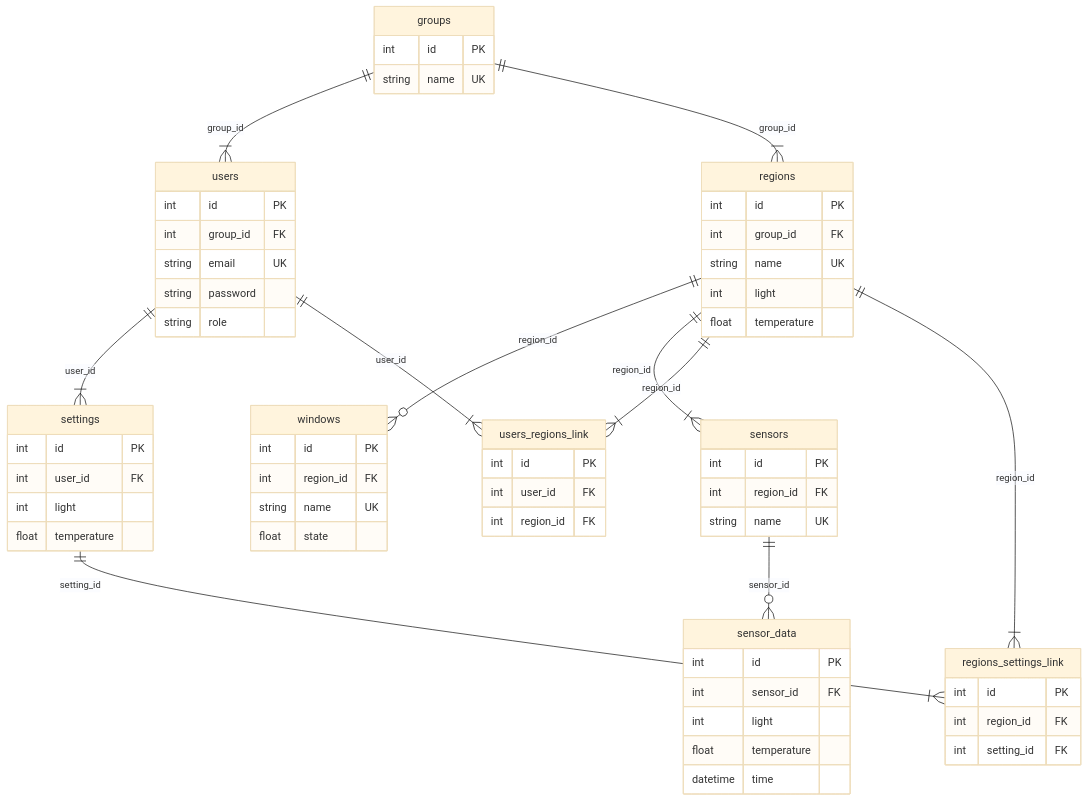
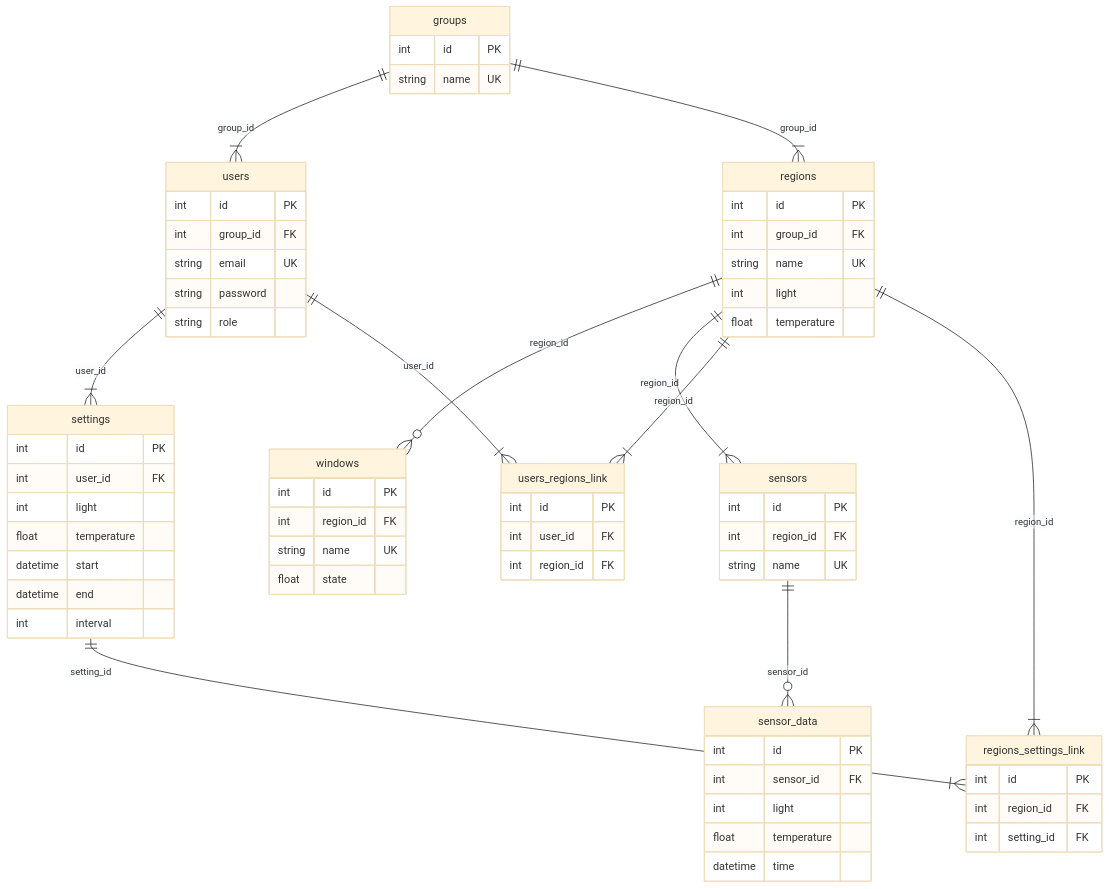
The diagram in README.md (SmartBlind/GatewayB), drawn with Mermaid (base theme) before and after one commit. The commit also changed other lines of this file and 2 other files, not shown here.

````diff
--- a/README.md
+++ b/README.md
@@ -134,24 +30,24 @@
 ```mermaid
 erDiagram
 
 groups { int id "PK" string name "UK" }
 users { int id "PK" int group_id "FK" string email "UK" string password string role }
 regions { int id "PK" int group_id "FK" string name "UK" int light float temperature }
-settings { int id "PK" int user_id "FK" int light float temperature }
+settings { int id "PK" int user_id "FK" int light float temperature datetime start datetime end int interval }
 windows { int id "PK" int region_id "FK" string name "UK" float state }
 sensors { int id "PK" int region_id "FK" string name "UK" }
 sensor_data { int id "PK" int sensor_id "FK" int light float temperature datetime time }
 users_regions_link { int id "PK" int user_id "FK" int region_id "FK" }
 regions_settings_link { int id "PK" int region_id "FK" int setting_id "FK" }
 
 groups ||--|{ users : "group_id"
 groups ||--|{ regions : "group_id"
 users ||--|{ settings : "user_id"
 regions ||--o{ windows: "region_id"
 regions ||--|{ sensors : "region_id"
 users ||--|{ users_regions_link : "user_id"
 regions ||--|{ users_regions_link : "region_id"
 sensors ||--o{ sensor_data : "sensor_id"
 regions ||--|{ regions_settings_link : "region_id"
 settings ||--|{ regions_settings_link : "setting_id"
 ```
````
